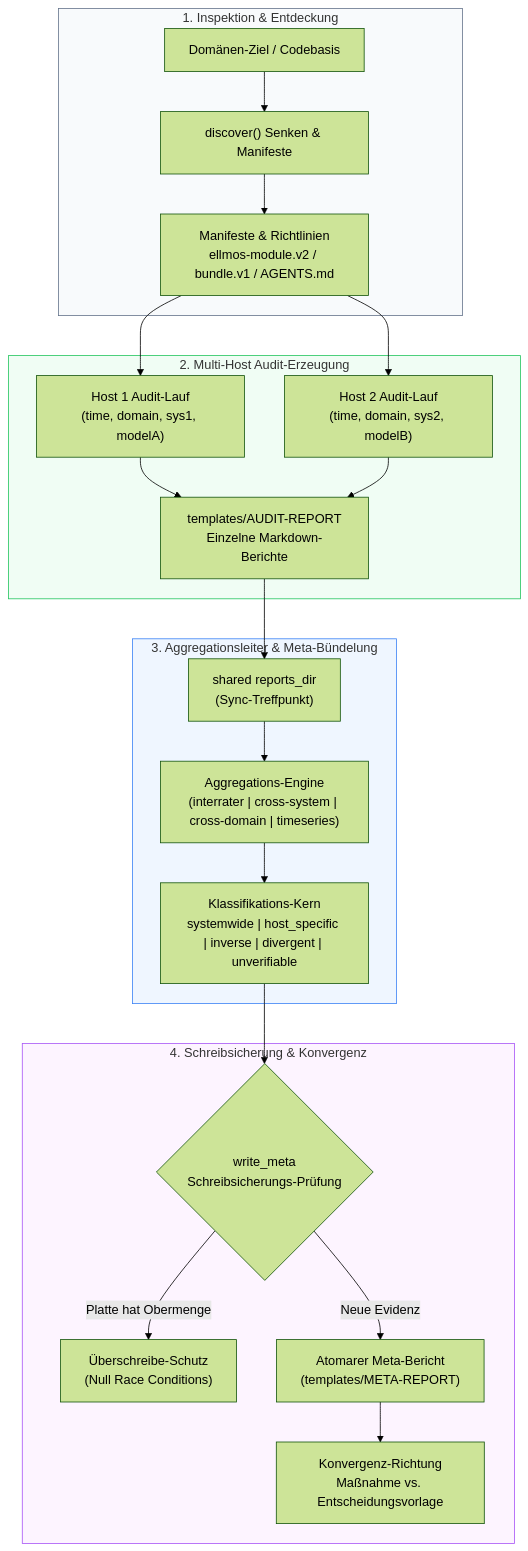
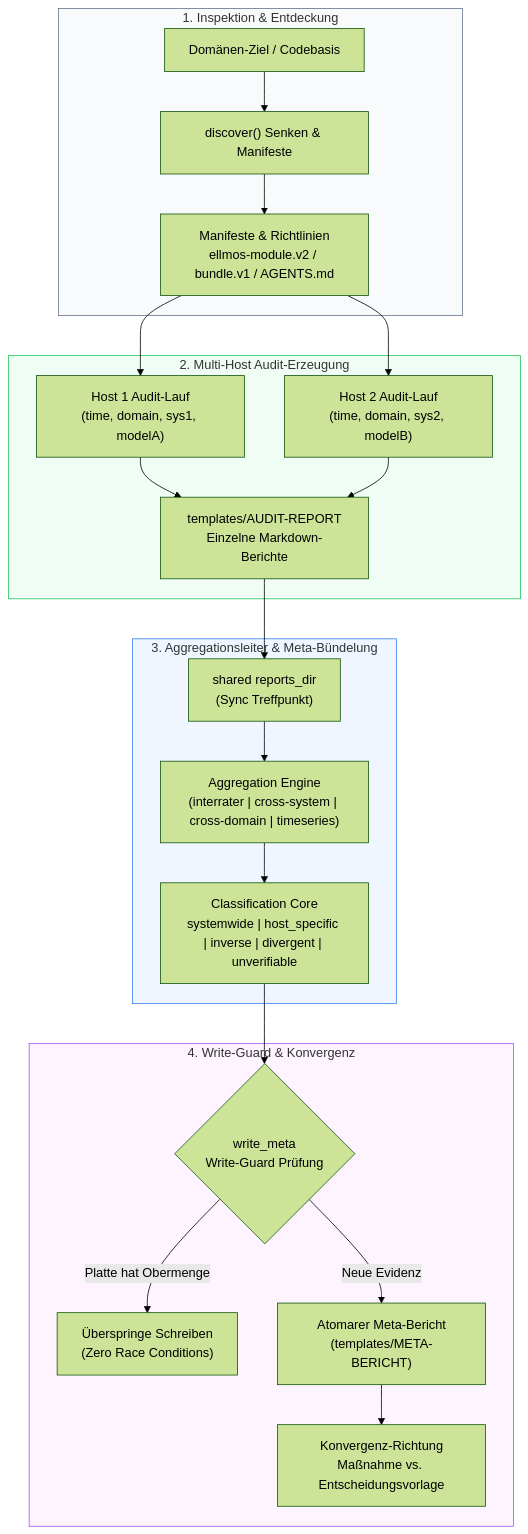
The first of 3 diagrams in README_de.md (ellmos-ai/system-auditor), drawn with Mermaid (forest theme) before and after one commit. The commit also changed other lines of this file and 8 other files, not shown here.

````diff
--- a/README_de.md
+++ b/README_de.md
@@ -86,32 +164,32 @@
 ```mermaid
 flowchart TD
     subgraph S1["1. Inspektion & Entdeckung"]
         A1["Domänen-Ziel / Codebasis"] --> D1["discover() Senken & Manifeste"]
         D1 --> M1["Manifeste & Richtlinien\nellmos-module.v2 / bundle.v1 / AGENTS.md"]
     end
 
     subgraph S2["2. Multi-Host Audit-Erzeugung"]
         M1 --> R1["Host 1 Audit-Lauf\n(time, domain, sys1, modelA)"]
         M1 --> R2["Host 2 Audit-Lauf\n(time, domain, sys2, modelB)"]
         R1 --> P1["templates/AUDIT-REPORT\nEinzelne Markdown-Berichte"]
         R2 --> P1
     end
 
     subgraph S3["3. Aggregationsleiter & Meta-Bündelung"]
-        P1 --> G1["shared reports_dir\n(Sync-Treffpunkt)"]
-        G1 --> AP["Aggregations-Engine\n(interrater | cross-system | cross-domain | timeseries)"]
-        AP --> CL["Klassifikations-Kern\nsystemwide | host_specific | inverse | divergent | unverifiable"]
+        P1 --> G1["shared reports_dir\n(Sync Treffpunkt)"]
+        G1 --> AP["Aggregation Engine\n(interrater | cross-system | cross-domain | timeseries)"]
+        AP --> CL["Classification Core\nsystemwide | host_specific | inverse | divergent | unverifiable"]
     end
 
-    subgraph S4["4. Schreibsicherung & Konvergenz"]
-        CL --> WG{"write_meta\nSchreibsicherungs-Prüfung"}
-        WG -->|"Platte hat Obermenge"| SK["Überschreibe-Schutz\n(Null Race Conditions)"]
-        WG -->|"Neue Evidenz"| MR["Atomarer Meta-Bericht\n(templates/META-REPORT)"]
+    subgraph S4["4. Write-Guard & Konvergenz"]
+        CL --> WG{"write_meta\nWrite-Guard Prüfung"}
+        WG -->|"Platte hat Obermenge"| SK["Überspringe Schreiben\n(Zero Race Conditions)"]
+        WG -->|"Neue Evidenz"| MR["Atomarer Meta-Bericht\n(templates/META-BERICHT)"]
         MR --> AC["Konvergenz-Richtung\nMaßnahme vs. Entscheidungsvorlage"]
     end
 
     style S1 fill:#f8fafc,stroke:#64748b,stroke-width:1px
     style S2 fill:#f0fdf4,stroke:#22c55e,stroke-width:1px
     style S3 fill:#eff6ff,stroke:#3b82f6,stroke-width:1px
     style S4 fill:#fdf4ff,stroke:#a855f7,stroke-width:1px
 ```
````
